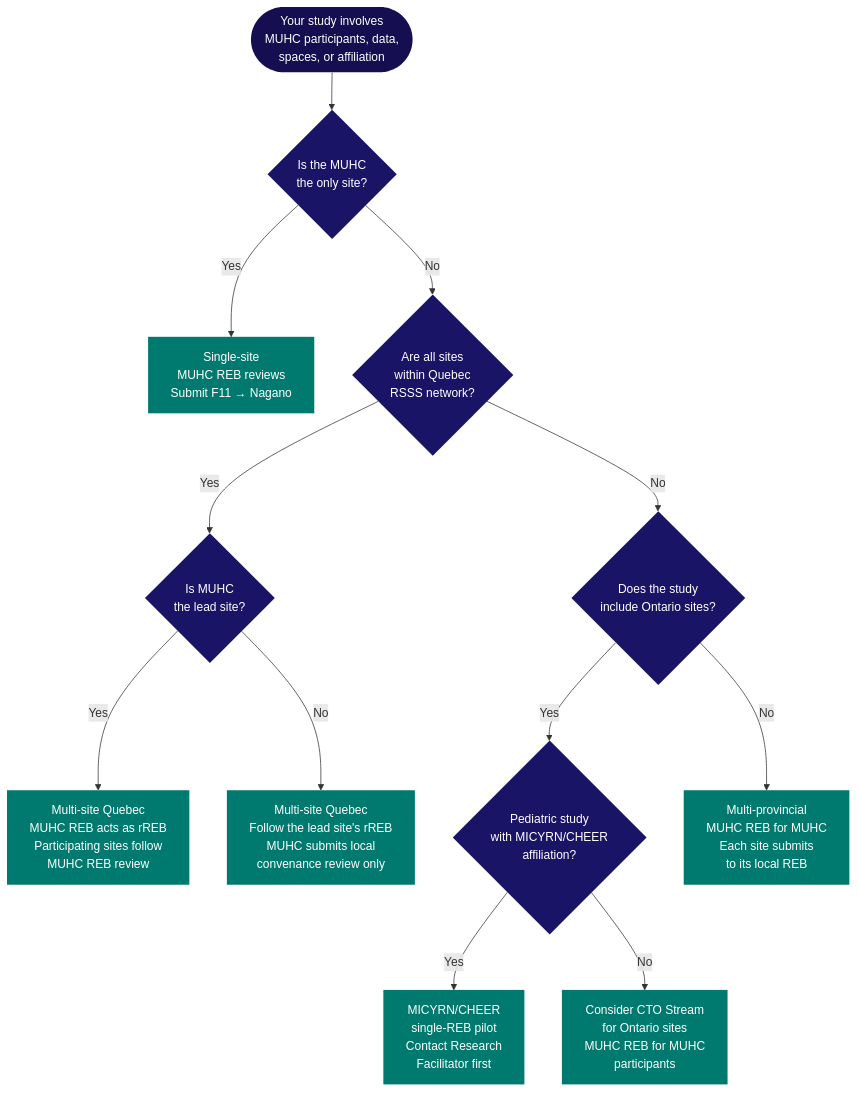
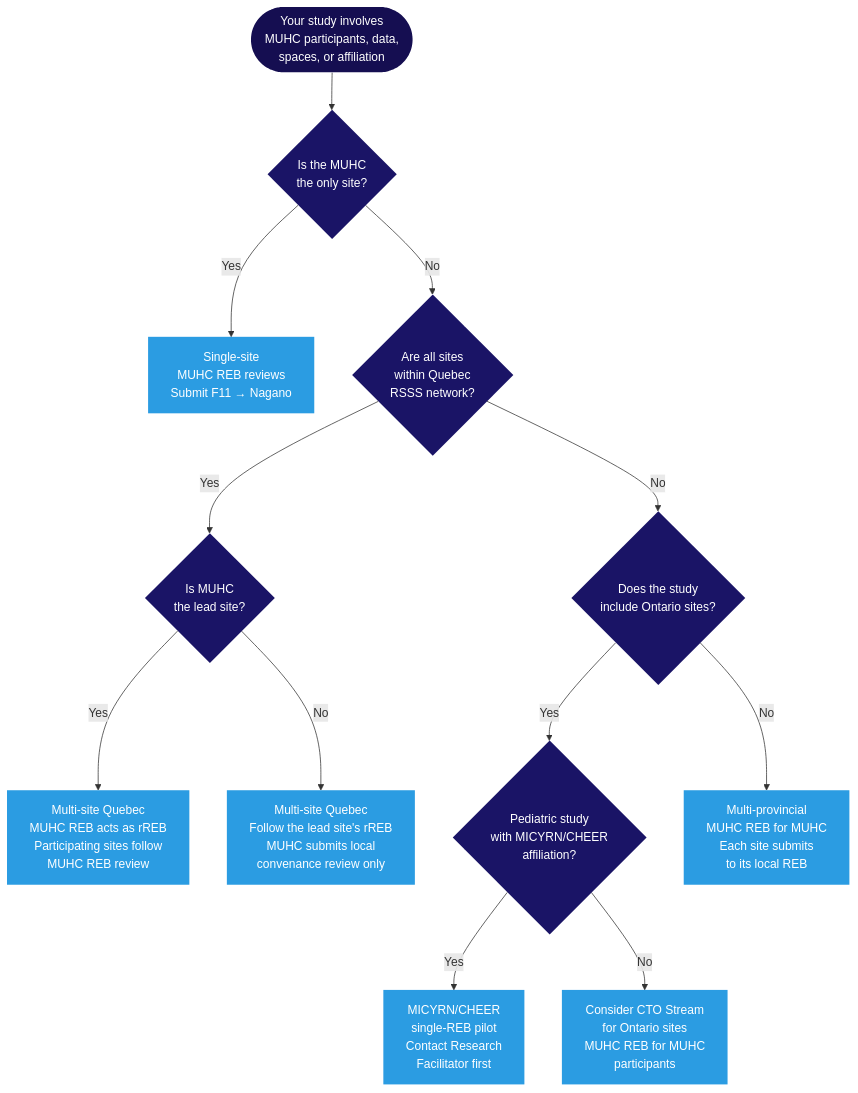
One commit to matthewfiorentino/docs changed the second of 2 diagrams in kb/submission-overview.mdx. Above: the diagram before and after it, drawn with Mermaid. The commit also changed other lines of this file and 36 other files, not shown here.

````diff
--- a/kb/submission-overview.mdx
+++ b/kb/submission-overview.mdx
@@ -63,31 +63,31 @@
 ```mermaid
 flowchart TD
     START([Your study involves\nMUHC participants, data,\nspaces, or affiliation]) --> Q1{Is the MUHC\nthe only site?}
 
     Q1 -- Yes --> SINGLE["Single-site\nMUHC REB reviews\nSubmit F11 → Nagano"]
 
     Q1 -- No --> Q2{Are all sites\nwithin Quebec\nRSSS network?}
 
     Q2 -- Yes --> Q3{Is MUHC\nthe lead site?}
     Q3 -- Yes --> LEAD["Multi-site Quebec\nMUHC REB acts as rREB\nParticipating sites follow\nMUHC REB review"]
     Q3 -- No --> FOLLOW["Multi-site Quebec\nFollow the lead site's rREB\nMUHC submits local\nconvenance review only"]
 
     Q2 -- No --> Q4{Does the study\ninclude Ontario sites?}
     Q4 -- Yes --> Q5{Pediatric study\nwith MICYRN/CHEER\naffiliation?}
     Q5 -- Yes --> CHEER["MICYRN/CHEER\nsingle-REB pilot\nContact Research\nFacilitator first"]
     Q5 -- No --> CTO["Consider CTO Stream\nfor Ontario sites\nMUHC REB for MUHC\nparticipants"]
     Q4 -- No --> MULTI["Multi-provincial\nMUHC REB for MUHC\nEach site submits\nto its local REB"]
 
     style START fill:#150e51,color:#fff,stroke:none
-    style SINGLE fill:#007a6e,color:#fff,stroke:none
-    style LEAD fill:#007a6e,color:#fff,stroke:none
-    style FOLLOW fill:#007a6e,color:#fff,stroke:none
-    style CHEER fill:#007a6e,color:#fff,stroke:none
-    style CTO fill:#007a6e,color:#fff,stroke:none
-    style MULTI fill:#007a6e,color:#fff,stroke:none
+    style SINGLE fill:#2b9ce2,color:#fff,stroke:none
+    style LEAD fill:#2b9ce2,color:#fff,stroke:none
+    style FOLLOW fill:#2b9ce2,color:#fff,stroke:none
+    style CHEER fill:#2b9ce2,color:#fff,stroke:none
+    style CTO fill:#2b9ce2,color:#fff,stroke:none
+    style MULTI fill:#2b9ce2,color:#fff,stroke:none
     style Q1 fill:#1a1466,color:#fff,stroke:none
     style Q2 fill:#1a1466,color:#fff,stroke:none
     style Q3 fill:#1a1466,color:#fff,stroke:none
     style Q4 fill:#1a1466,color:#fff,stroke:none
     style Q5 fill:#1a1466,color:#fff,stroke:none
 ```
````
